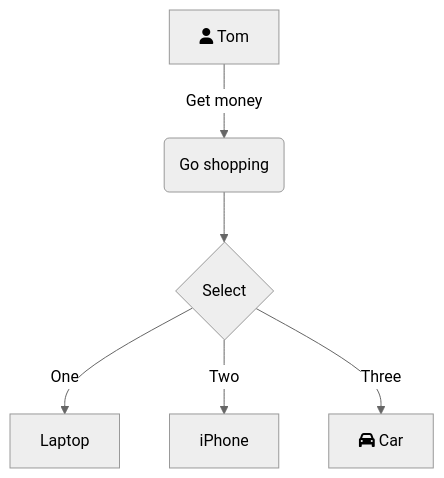
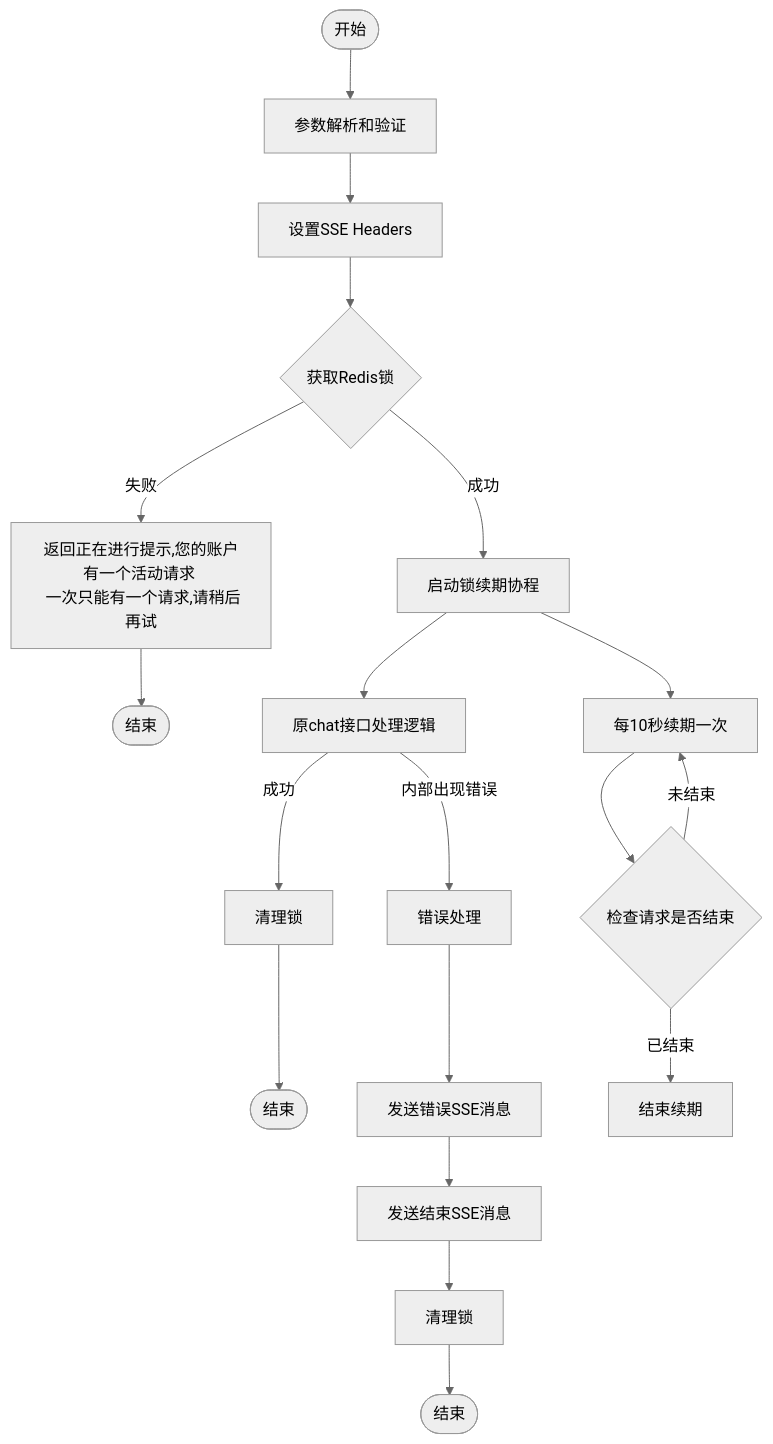
The diagram in all/未命名-20.md (yingjianzh/iodraw-files), drawn with Mermaid (neutral theme) before and after one commit.

Commit message:
2025-02-05 16:18:50 update

````diff
--- a/all/未命名-20.md
+++ b/all/未命名-20.md
@@ -1,9 +1,31 @@
 ```mermaid
+
 flowchart TD
-    A[fa:fa-user Tom] -->|Get money| B(Go shopping)
-    B --> C{Select}
-    C -->|One| D[Laptop]
-    C -->|Two| E[iPhone]
-    C -->|Three| F[fa:fa-car Car]
-  
+    Start([开始]) --> A[参数解析和验证]
+    A --> B[设置SSE Headers]
+    B --> C{获取Redis锁}
+    
+    C -->|失败| D[返回正在进行提示,您的账户有一个活动请求 \n 一次只能有一个请求,请稍后再试]
+    D --> End1([结束])
+    
+    C -->|成功| E[启动锁续期协程]
+    E --> F[原chat接口处理逻辑]
+    
+    F -->|内部出现错误| G[错误处理]
+     %% 正常结束流程
+    F -->|成功| N[清理锁]
+    N --> End3([结束])
+    
+    %% 错误处理流程
+    G --> K[发送错误SSE消息]
+    K --> L[发送结束SSE消息]
+    L --> M[清理锁]
+    M --> End2([结束])
+    
+    %% 锁续期协程
+    E --> O[每10秒续期一次]
+    O --> P{检查请求是否结束}
+    P -->|未结束| O
+    P -->|已结束| Q[结束续期]
+
 ```
````
